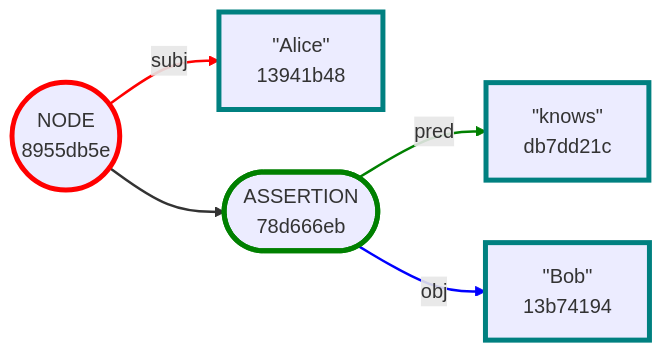
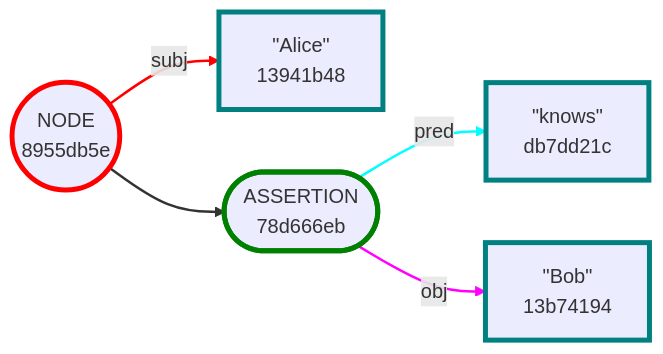
The diagram in docs/Overview.md (BlockchainCommons/bc-envelope-cli-rust), drawn with Mermaid before and after one commit. The commit also changed other lines of this file and 31 other files, not shown here.

````diff
--- a/docs/Overview.md
+++ b/docs/Overview.md
@@ -203,18 +204,18 @@
 ```mermaid
 %%{ init: { 'theme': 'default', 'flowchart': { 'curve': 'basis' } } }%%
 graph LR
 0(("NODE<br>8955db5e"))
     0 -- subj --> 1["&quot;Alice&quot;<br>13941b48"]
     0 --> 2(["ASSERTION<br>78d666eb"])
         2 -- pred --> 3["&quot;knows&quot;<br>db7dd21c"]
         2 -- obj --> 4["&quot;Bob&quot;<br>13b74194"]
 style 0 stroke:red,stroke-width:4px
 style 1 stroke:teal,stroke-width:4px
 style 2 stroke:green,stroke-width:4px
 style 3 stroke:teal,stroke-width:4px
 style 4 stroke:teal,stroke-width:4px
 linkStyle 0 stroke:red,stroke-width:2px
 linkStyle 1 stroke-width:2px
-linkStyle 2 stroke:green,stroke-width:2px
-linkStyle 3 stroke:blue,stroke-width:2px
+linkStyle 2 stroke:cyan,stroke-width:2px
+linkStyle 3 stroke:magenta,stroke-width:2px
 ```
````
